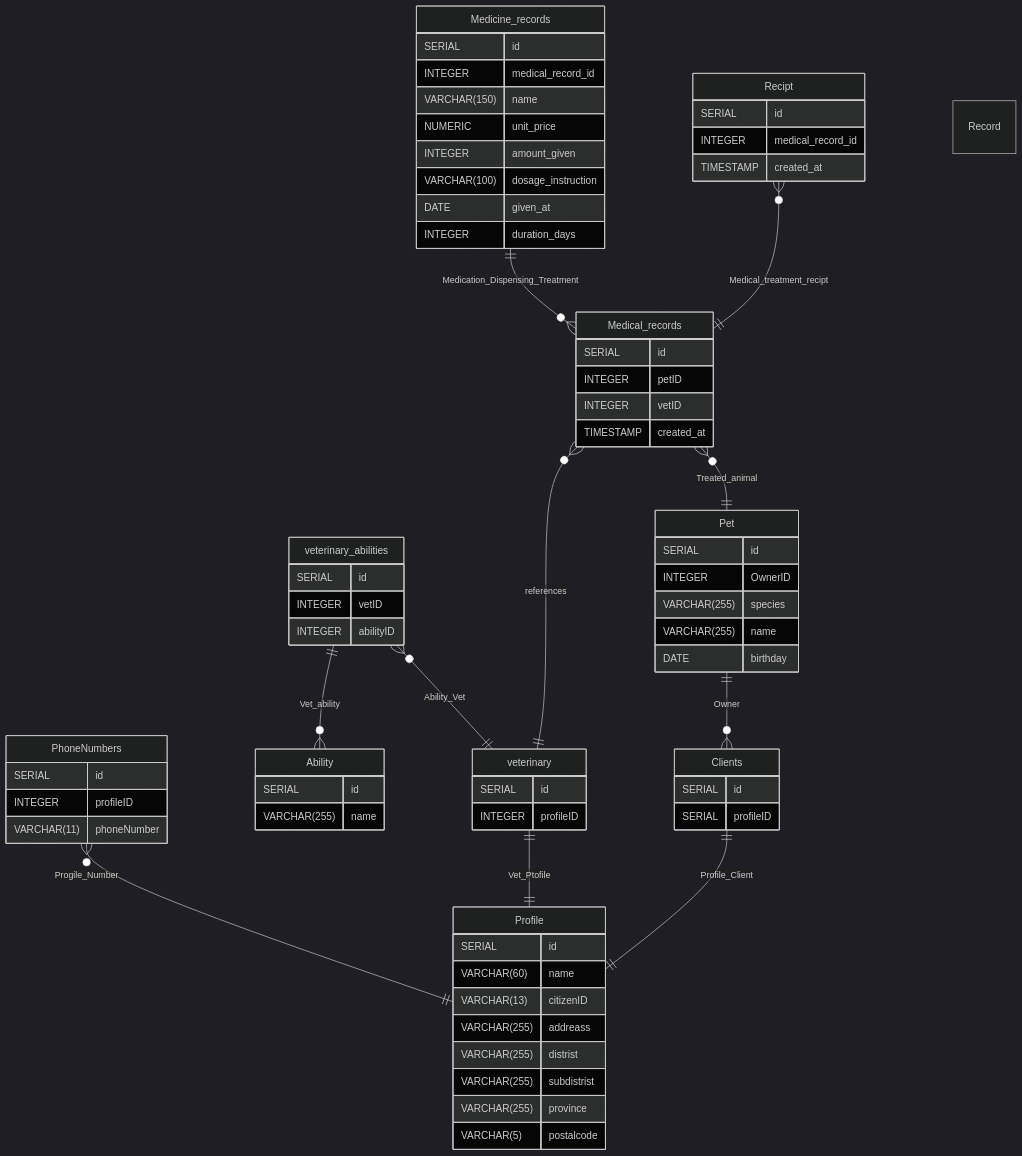
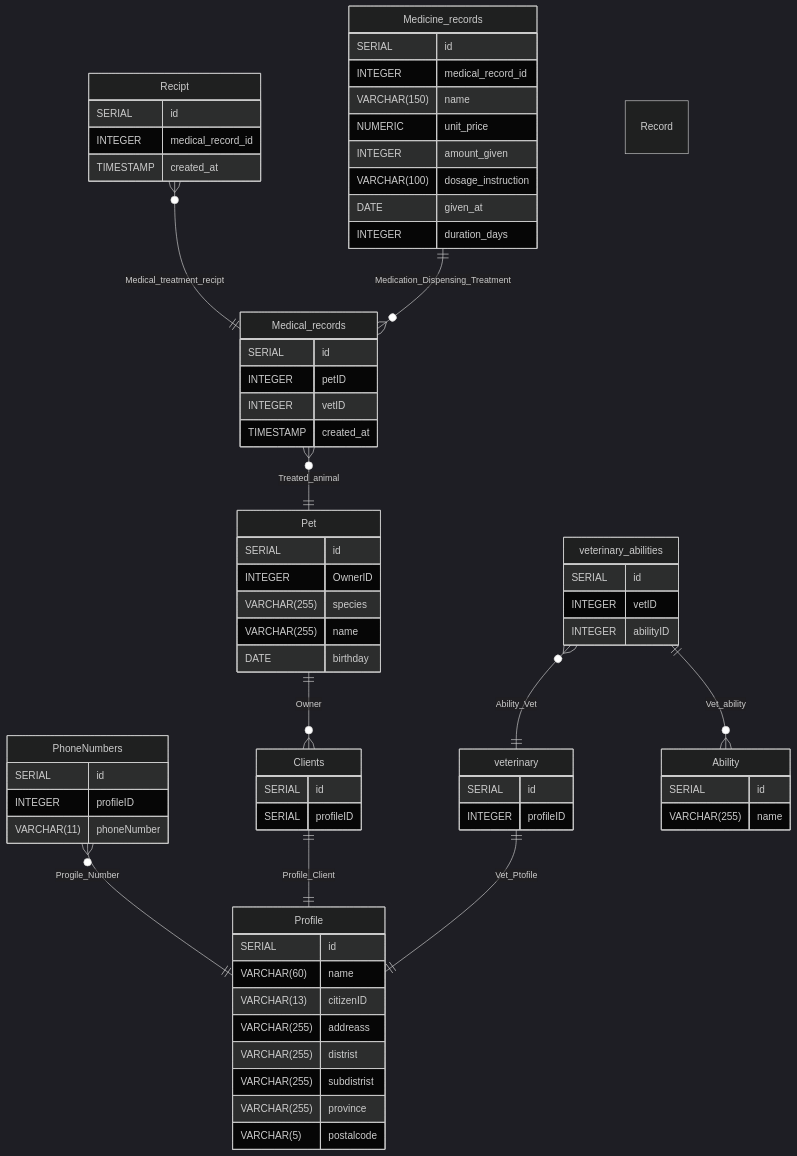
Before and after one commit to Muntho58/Workshop2: the diagram in readme.md, drawn with Mermaid (dark theme).

```diff
--- a/readme.md
+++ b/readme.md
@@ -15,7 +15,6 @@
 	Pet ||--o{ Clients : Owner
 	Medical_records }o--|| Pet : Treated_animal
 	Recipt }o--|| Medical_records : Medical_treatment_recipt
-	Medical_records }o--|| veterinary : references
 	Medicine_records ||--o{ Medical_records : Medication_Dispensing_Treatment Record
 
 	Profile {
```
